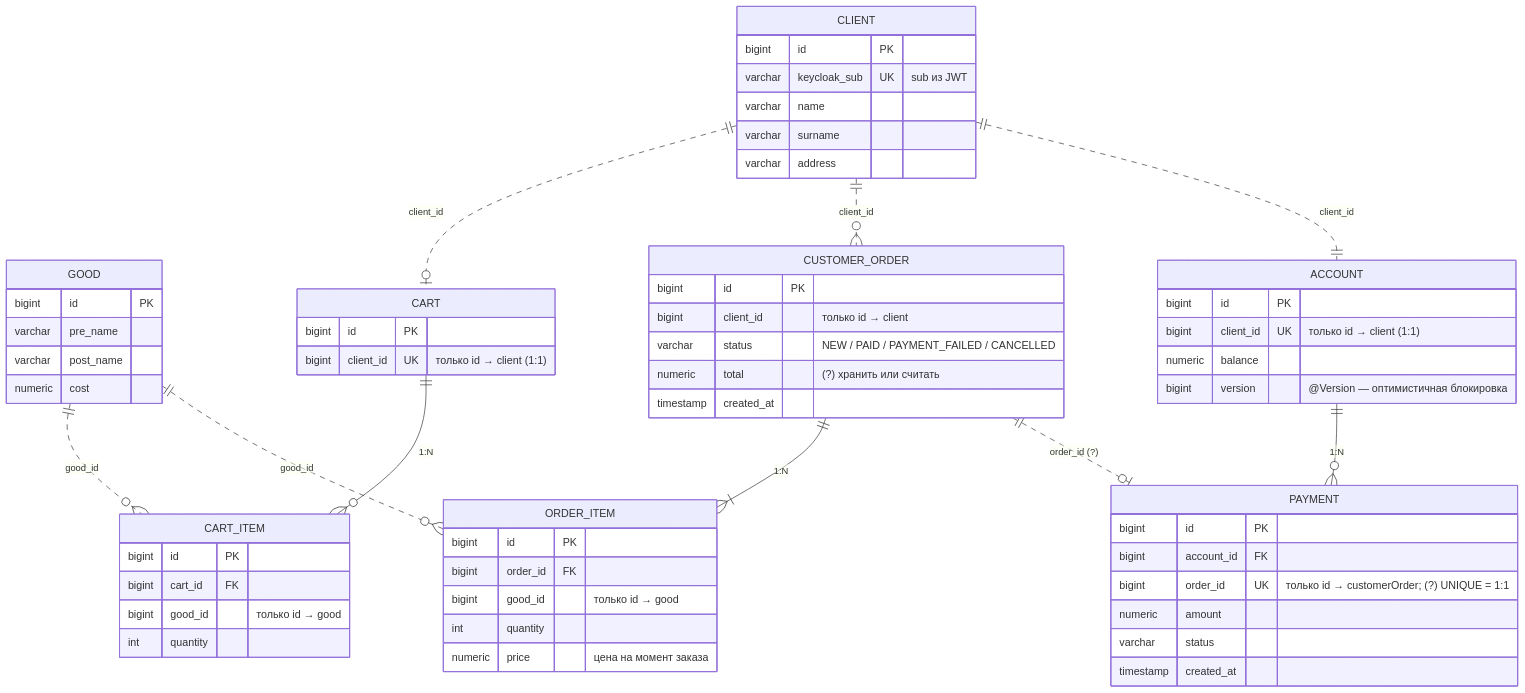
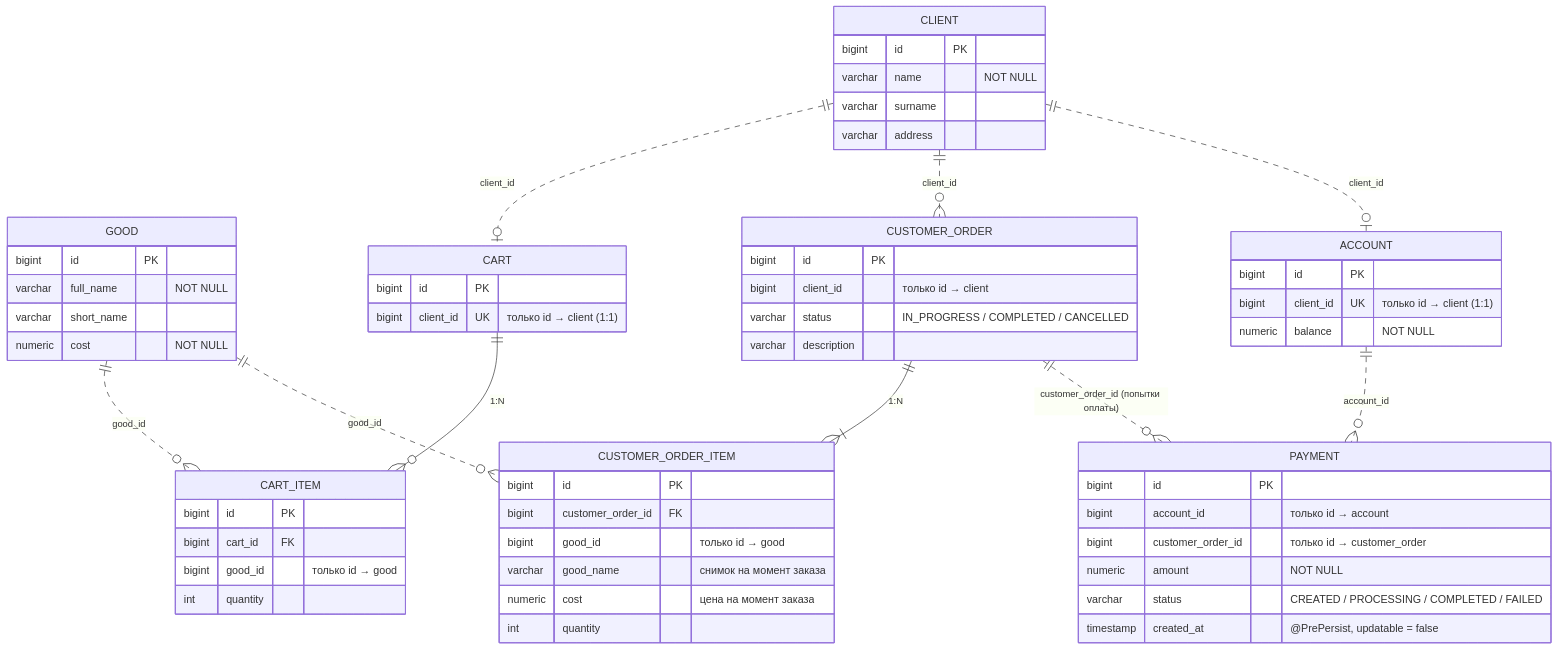
One commit to Shupimumi/MarketPlace_Back changed the diagram in README.md. Above: the diagram before and after it, drawn with Mermaid. The commit also changed other lines of this file and 6 other files, not shown here.

````diff
--- a/README.md
+++ b/README.md
@@ -14,74 +16,74 @@
 ```mermaid
 erDiagram
     %% ===== catalog =====
     GOOD {
         bigint  id PK
-        varchar pre_name
-        varchar post_name
-        numeric cost
+        varchar full_name "NOT NULL"
+        varchar short_name
+        numeric cost "NOT NULL"
     }
 
     %% ===== client =====
     CLIENT {
         bigint  id PK
-        varchar keycloak_sub UK "sub из JWT"
-        varchar name
+        varchar name "NOT NULL"
         varchar surname
         varchar address
     }
 
-    %% ===== customerOrder =====
+    %% ===== cart =====
     CART {
         bigint id PK
         bigint client_id UK "только id → client (1:1)"
     }
     CART_ITEM {
         bigint id PK
         bigint cart_id FK
         bigint good_id "только id → good"
         int    quantity
     }
+
+    %% ===== order =====
     CUSTOMER_ORDER {
-        bigint    id PK
-        bigint    client_id "только id → client"
-        varchar   status "NEW / PAID / PAYMENT_FAILED / CANCELLED"
-        numeric   total "(?) хранить или считать"
-        timestamp created_at
+        bigint  id PK
+        bigint  client_id "только id → client"
+        varchar status "IN_PROGRESS / COMPLETED / CANCELLED"
+        varchar description
     }
-    ORDER_ITEM {
+    CUSTOMER_ORDER_ITEM {
         bigint  id PK
-        bigint  order_id FK
+        bigint  customer_order_id FK
         bigint  good_id "только id → good"
+        varchar good_name "снимок на момент заказа"
+        numeric cost "цена на момент заказа"
         int     quantity
-        numeric price "цена на момент заказа"
     }
 
     %% ===== payment =====
     ACCOUNT {
         bigint  id PK
         bigint  client_id UK "только id → client (1:1)"
-        numeric balance
-        bigint  version "@Version — оптимистичная блокировка"
+        numeric balance "NOT NULL"
     }
     PAYMENT {
         bigint    id PK
-        bigint    account_id FK
-        bigint    order_id UK "только id → customerOrder; (?) UNIQUE = 1:1"
-        numeric   amount
-        varchar   status
-        timestamp created_at
+        bigint    account_id "только id → account"
+        bigint    customer_order_id "только id → customer_order"
+        numeric   amount "NOT NULL"
+        varchar   status "CREATED / PROCESSING / COMPLETED / FAILED"
+        timestamp created_at "@PrePersist, updatable = false"
     }
 
-    %% FK внутри модуля (сплошная линия)
-    CART           ||--o{ CART_ITEM  : "1:N"
-    CUSTOMER_ORDER ||--|{ ORDER_ITEM : "1:N"
-    ACCOUNT        ||--o{ PAYMENT    : "1:N"
+    %% FK внутри агрегата (сплошная линия)
+    CART           ||--o{ CART_ITEM           : "1:N"
+    CUSTOMER_ORDER ||--|{ CUSTOMER_ORDER_ITEM : "1:N"
 
-    %% только id между модулями (пунктир)
-    GOOD           ||..o{ CART_ITEM      : "good_id"
-    GOOD           ||..o{ ORDER_ITEM     : "good_id"
-    CLIENT         ||..o| CART           : "client_id"
-    CLIENT         ||..o{ CUSTOMER_ORDER : "client_id"
-    CLIENT         ||..|| ACCOUNT        : "client_id"
-    CUSTOMER_ORDER ||..o| PAYMENT        : "order_id (?)"
+    %% только id между агрегатами (пунктир)
+    GOOD           ||..o{ CART_ITEM           : "good_id"
+    GOOD           ||..o{ CUSTOMER_ORDER_ITEM : "good_id"
+    CLIENT         ||..o| CART                : "client_id"
+    CLIENT         ||..o{ CUSTOMER_ORDER      : "client_id"
+    CLIENT         ||..o| ACCOUNT             : "client_id"
+    ACCOUNT        ||..o{ PAYMENT             : "account_id"
+    CUSTOMER_ORDER ||..o{ PAYMENT             : "customer_order_id (попытки оплаты)"
 ```
````
